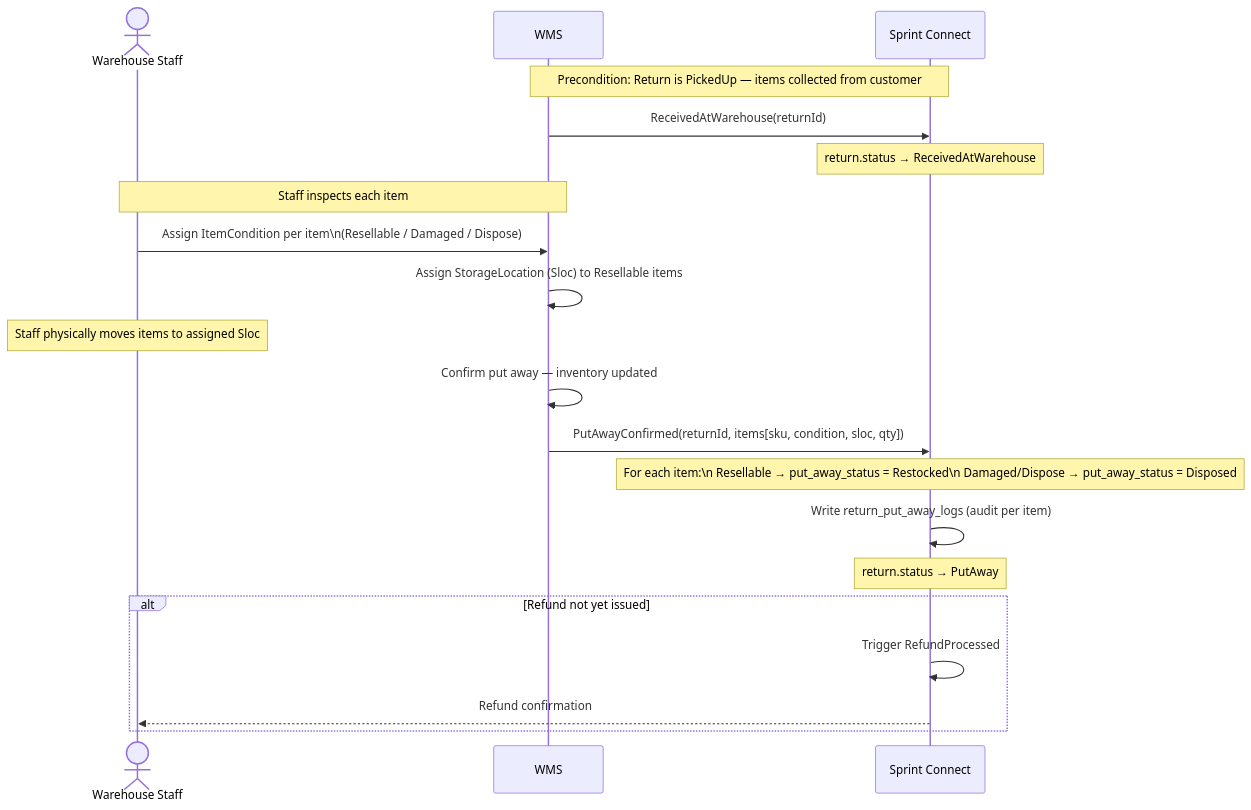
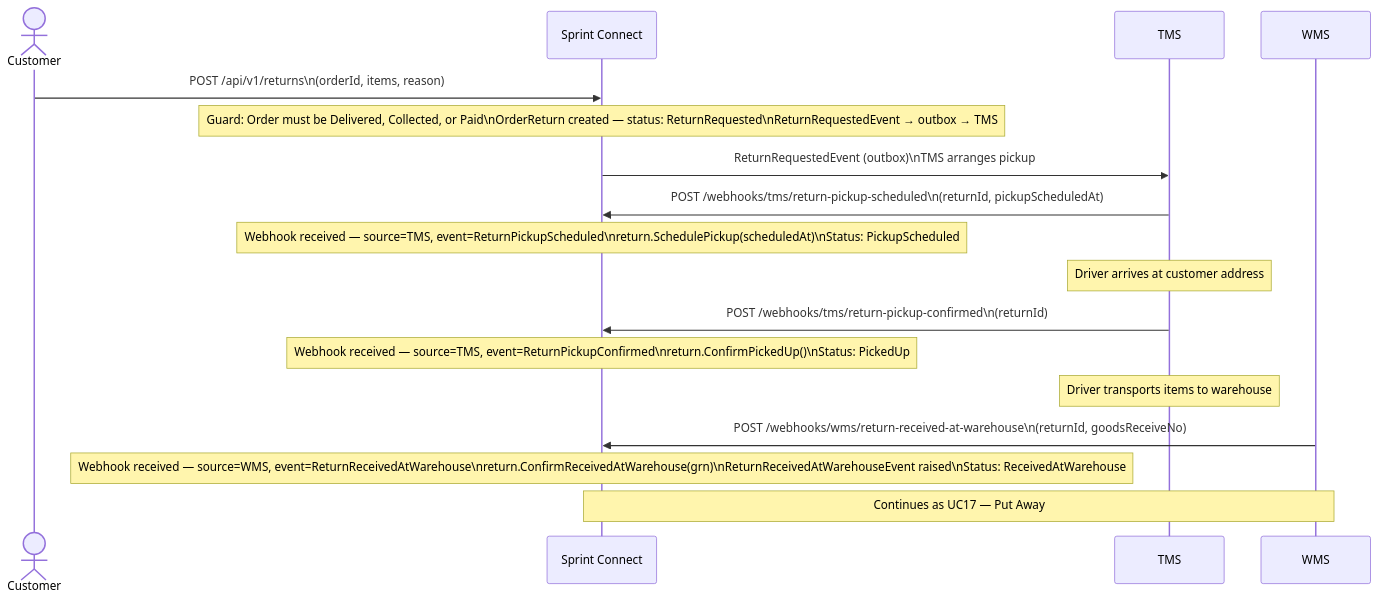
Diagram 13 of 24 in result/oms-sequence-diagrams.md (rosered11/personal-claude), drawn with Mermaid before and after one commit. The commit also changed other lines of this file and 184 other files, not shown here.

````diff
--- a/result/oms-sequence-diagrams.md
+++ b/result/oms-sequence-diagrams.md
@@ -475,28 +478,26 @@
 ```mermaid
 sequenceDiagram
-    actor WS as Warehouse Staff
+    actor C as Customer
+    participant SC as Sprint Connect
+    participant TMS as TMS
     participant WMS as WMS
-    participant SC as Sprint Connect
 
-    Note over WMS,SC: Precondition: Return is PickedUp — items collected from customer
+    C->>SC: POST /api/v1/returns\n(orderId, items, reason)
+    Note over SC: Guard: Order must be Delivered, Collected, or Paid\nOrderReturn created — status: ReturnRequested\nReturnRequestedEvent → outbox → TMS
 
-    WMS->>SC: ReceivedAtWarehouse(returnId)
-    Note over SC: return.status → ReceivedAtWarehouse
+    SC->>TMS: ReturnRequestedEvent (outbox)\nTMS arranges pickup
 
-    Note over WMS,WS: Staff inspects each item
-    WS->>WMS: Assign ItemCondition per item\n(Resellable / Damaged / Dispose)
-    WMS->>WMS: Assign StorageLocation (Sloc) to Resellable items
-    Note over WS: Staff physically moves items to assigned Sloc
+    TMS->>SC: POST /webhooks/tms/return-pickup-scheduled\n(returnId, pickupScheduledAt)
+    Note over SC: Webhook received — source=TMS, event=ReturnPickupScheduled\nreturn.SchedulePickup(scheduledAt)\nStatus: PickupScheduled
 
-    WMS->>WMS: Confirm put away — inventory updated
-    WMS->>SC: PutAwayConfirmed(returnId, items[sku, condition, sloc, qty])
+    Note over TMS: Driver arrives at customer address
+    TMS->>SC: POST /webhooks/tms/return-pickup-confirmed\n(returnId)
+    Note over SC: Webhook received — source=TMS, event=ReturnPickupConfirmed\nreturn.ConfirmPickedUp()\nStatus: PickedUp
 
-    Note over SC: For each item:\n  Resellable → put_away_status = Restocked\n  Damaged/Dispose → put_away_status = Disposed
-    SC->>SC: Write return_put_away_logs (audit per item)
-    Note over SC: return.status → PutAway
+    Note over TMS: Driver transports items to warehouse
 
-    alt Refund not yet issued
-        SC->>SC: Trigger RefundProcessed
-        SC-->>WS: Refund confirmation
-    end
+    WMS->>SC: POST /webhooks/wms/return-received-at-warehouse\n(returnId, goodsReceiveNo)
+    Note over SC: Webhook received — source=WMS, event=ReturnReceivedAtWarehouse\nreturn.ConfirmReceivedAtWarehouse(grn)\nReturnReceivedAtWarehouseEvent raised\nStatus: ReceivedAtWarehouse
+
+    Note over SC,WMS: Continues as UC17 — Put Away
 ```
````
